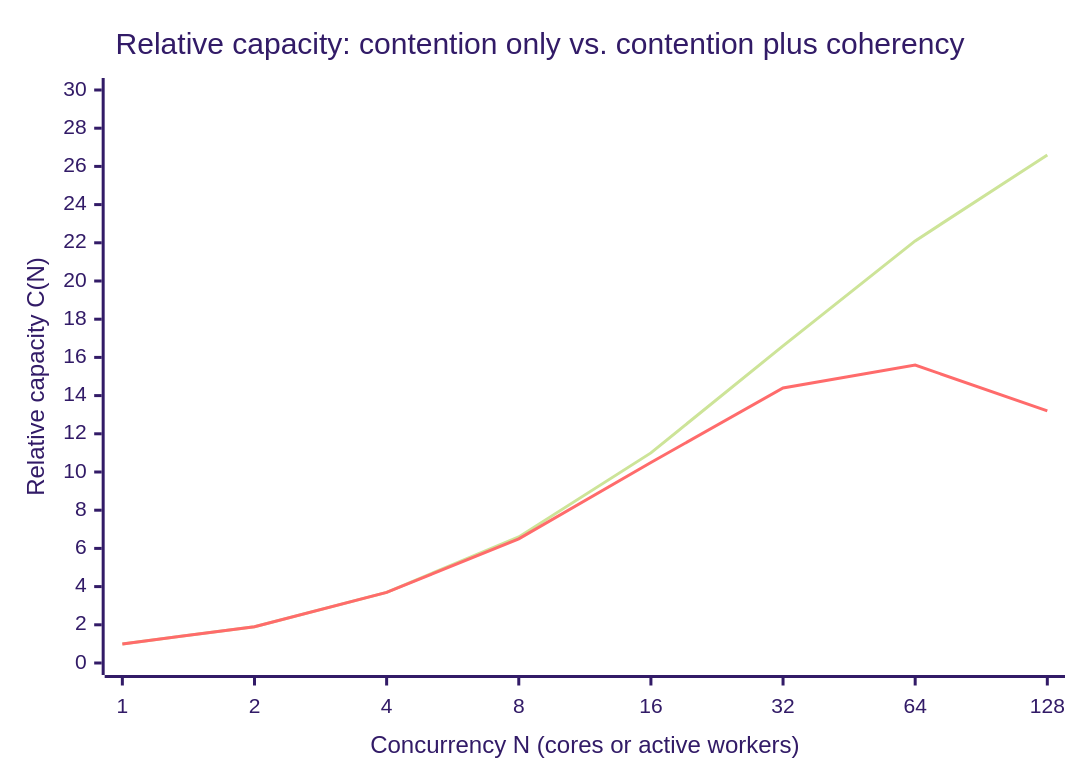
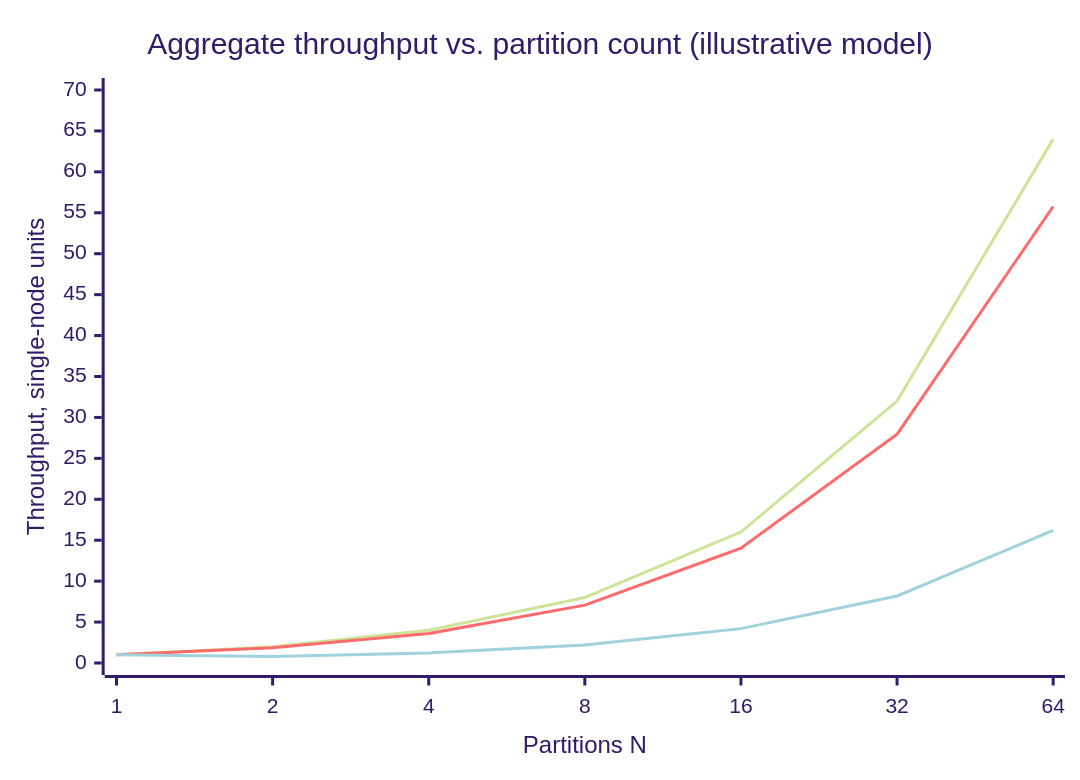
One commit to gorkemsari/distributed-systems changed the third of 5 diagrams in authoring/examples/en/scaling-dilemma.mdx. Above: the diagram before and after it, drawn with Mermaid (forest theme). The commit also changed other lines of this file and 3 other files, not shown here.

````diff
--- a/authoring/examples/en/scaling-dilemma.mdx
+++ b/authoring/examples/en/scaling-dilemma.mdx
@@ -38,8 +93,9 @@
 ```mermaid
 xychart-beta
-    title "Relative capacity: contention only vs. contention plus coherency"
-    x-axis "Concurrency N (cores or active workers)" [1, 2, 4, 8, 16, 32, 64, 128]
-    y-axis "Relative capacity C(N)" 0 --> 30
-    line [1, 1.9, 3.7, 6.6, 11.0, 16.6, 22.1, 26.6]
-    line [1, 1.9, 3.7, 6.5, 10.5, 14.4, 15.6, 13.2]
+    title "Aggregate throughput vs. partition count (illustrative model)"
+    x-axis "Partitions N" [1, 2, 4, 8, 16, 32, 64]
+    y-axis "Throughput, single-node units" 0 --> 70
+    line [1, 2, 4, 8, 16, 32, 64]
+    line [1, 1.86, 3.6, 7.07, 14.03, 27.94, 55.77]
+    line [1, 0.8, 1.23, 2.21, 4.2, 8.19, 16.19]
 ```
````
